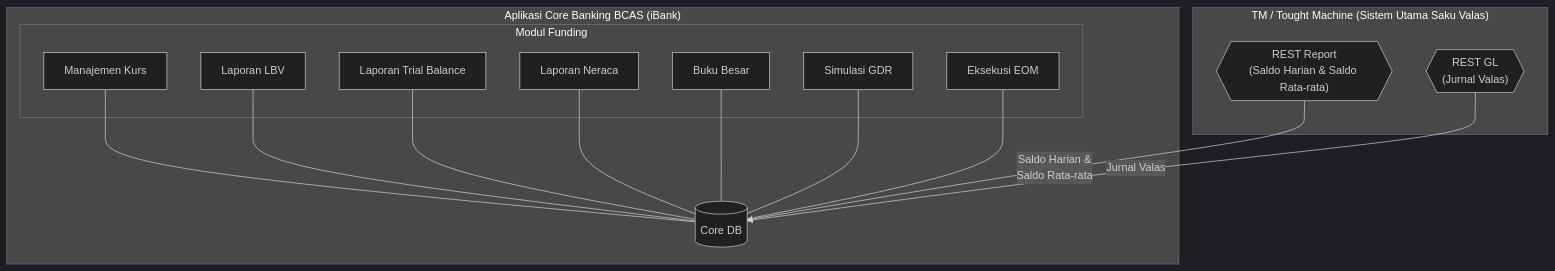
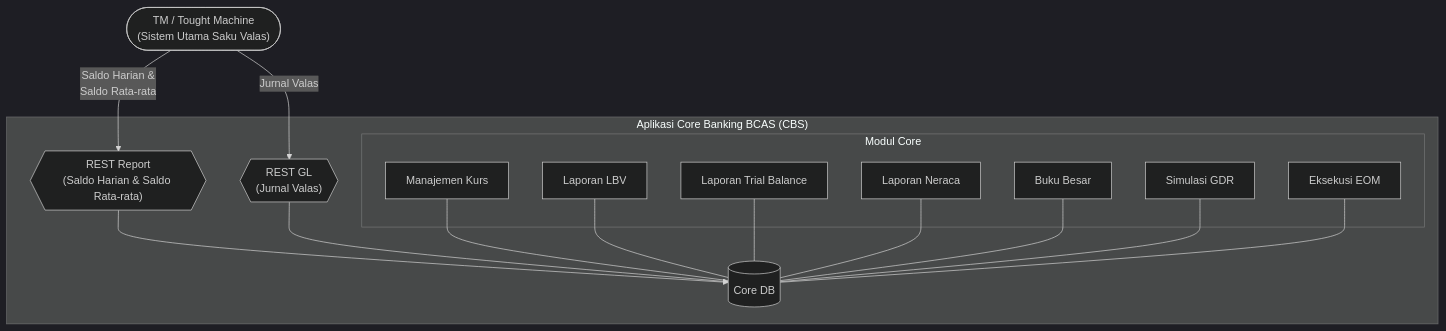
The first of 9 diagrams in docs/bcas/saku_valas/fsd_sakuvalas.md (wisnu/ibank-docs), drawn with Mermaid (dark theme) before and after one commit. The commit also changed other lines of this file, not shown here.

Commit message:
docs: update terminology from "iBank" to "CBS" and enhance integration details in FSD Saku Valas

````diff
--- a/docs/bcas/saku_valas/fsd_sakuvalas.md
+++ b/docs/bcas/saku_valas/fsd_sakuvalas.md
@@ -138,24 +138,25 @@
 ```mermaid
 graph TB
-    subgraph TM["TM / Tought Machine (Sistem Utama Saku Valas)"]
-        RREPORT{{"REST Report\n(Saldo Harian & Saldo Rata-rata)"}}
-        RGL{{"REST GL\n(Jurnal Valas)"}}
-    end
+    TM(["TM / Tought Machine\n(Sistem Utama Saku Valas)"])
 
-    subgraph CORE["Aplikasi Core Banking BCAS (iBank)"]
-        subgraph FUNDING["Modul Funding"]
+    subgraph CORE["Aplikasi Core Banking BCAS (CBS)"]
+        subgraph FUNDING["Modul Core"]
             MK["Manajemen Kurs"]
             LLBV["Laporan LBV"]
             LTB["Laporan Trial Balance"]
             LN["Laporan Neraca"]
             BB["Buku Besar"]
             SGDR["Simulasi GDR"]
             EOM["Eksekusi EOM"]
         end
+        RREPORT{{"REST Report\n(Saldo Harian & Saldo Rata-rata)"}}
+        RGL{{"REST GL\n(Jurnal Valas)"}}
         DB[("Core DB")]
     end
 
+    TM -->|"Saldo Harian &\nSaldo Rata-rata"| RREPORT
+    TM -->|"Jurnal Valas"| RGL
+    RREPORT --> DB
+    RGL --> DB
     MK & LLBV & LTB & LN & BB & SGDR & EOM --- DB
-    RREPORT -->|"Saldo Harian &\nSaldo Rata-rata"| DB
-    RGL -->|"Jurnal Valas"| DB
 ```
````
